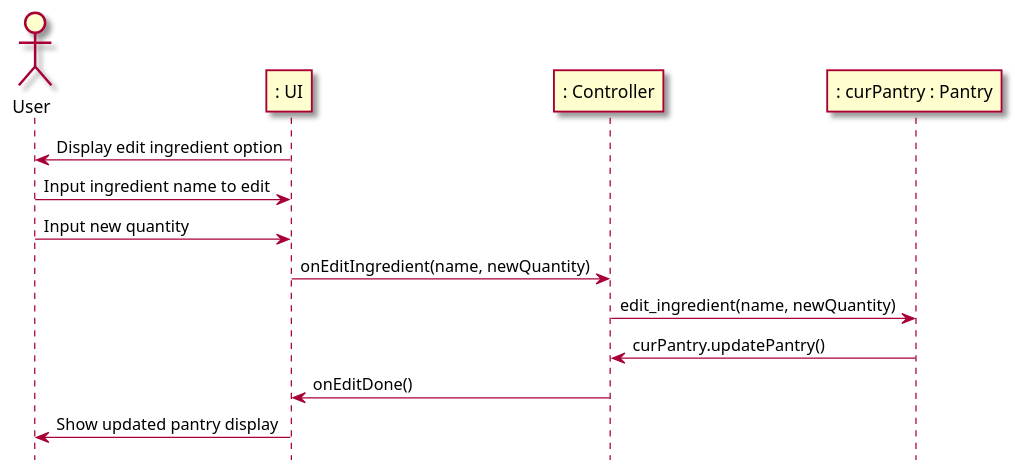
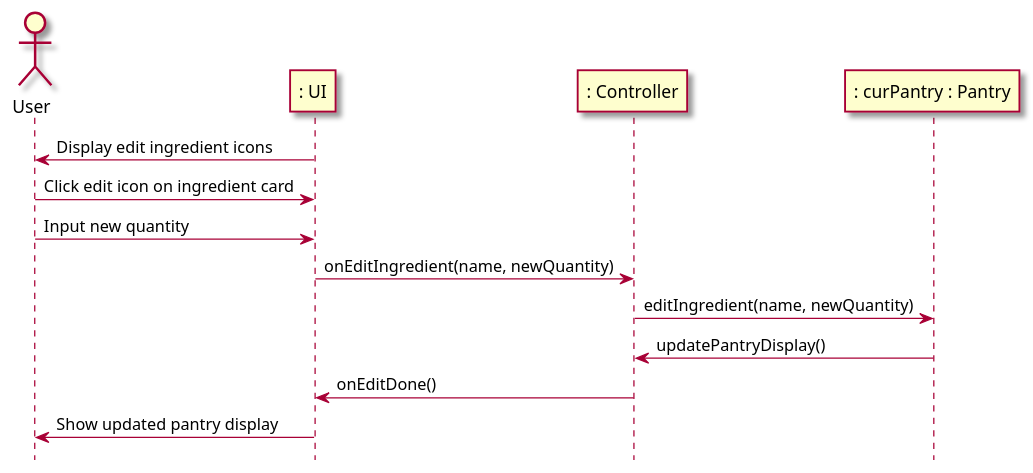
Before and after one commit to berthashipper/Pantry-Pal-Android-Application: the sixth of 6 diagrams in intellij/doc/use-cases/manage_pantry.md, drawn with PlantUML. The commit also changed other lines of this file, not shown here.

Commit message:
Updated manage_pantry use case to use method call notation

`````diff
--- a/intellij/doc/use-cases/manage_pantry.md
+++ b/intellij/doc/use-cases/manage_pantry.md
@@ -181,23 +158,23 @@
 ```plantuml
 @startuml
 skin rose
 
 hide footbox
 
 actor User as user
 participant ": UI" as ui
 participant ": Controller" as cont
 participant ": curPantry : Pantry" as pantry
 
-ui -> user : Display edit ingredient option
-user -> ui : Input ingredient name to edit
+ui -> user : Display edit ingredient icons
+user -> ui : Click edit icon on ingredient card
 user -> ui : Input new quantity
 ui -> cont : onEditIngredient(name, newQuantity)
-cont -> pantry : edit_ingredient(name, newQuantity)
-pantry -> cont : curPantry.updatePantry()
+cont -> pantry : editIngredient(name, newQuantity)
+pantry -> cont : updatePantryDisplay()
 cont -> ui : onEditDone()
 ui -> user : Show updated pantry display
 
 @enduml
 
 ````
`````
